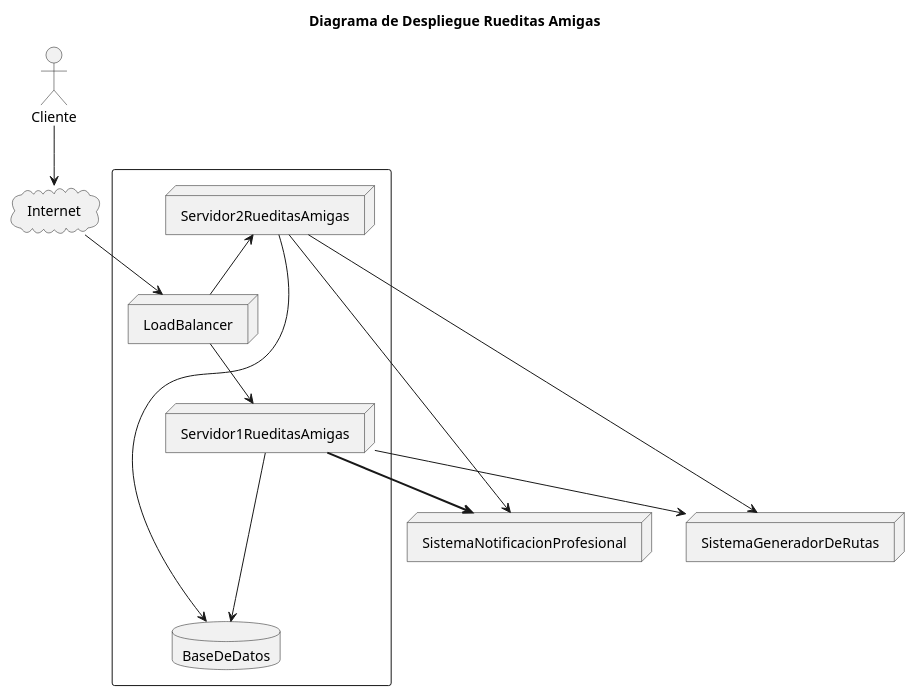
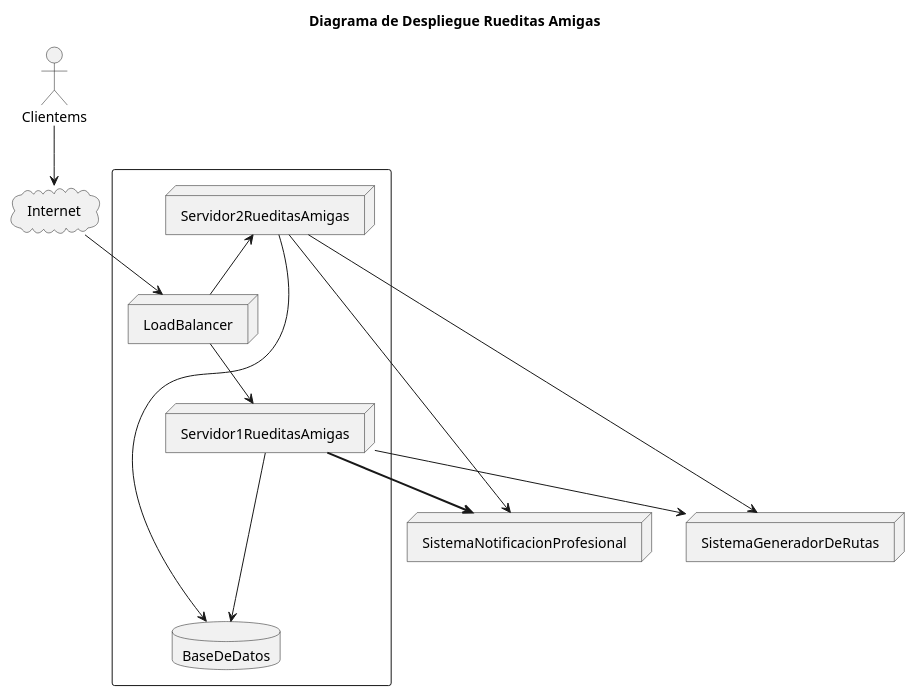
The diagram in diagrams/DiagramaDeDespliegue.puml (lrizzitano/RueditasAmigasDespliegue), drawn with PlantUML before and after one commit.

Commit message:
testeo impresion de diagrama

```diff
--- a/diagrams/DiagramaDeDespliegue.puml
+++ b/diagrams/DiagramaDeDespliegue.puml
@@ -1,31 +1,31 @@
 @startuml
 'https://plantuml.com/deployment-diagram
 
 title Diagrama de Despliegue Rueditas Amigas
 
 node "SistemaGeneradorDeRutas"
-actor "Cliente"
+actor "Clientems"
 cloud "Internet"
 node "SistemaNotificacionProfesional"
 
 
 rectangle  {
 node "LoadBalancer"
 node "Servidor1RueditasAmigas"
 node "Servidor2RueditasAmigas"
 database "BaseDeDatos"
 }
 
 "LoadBalancer" -> "Servidor1RueditasAmigas"
 "Servidor2RueditasAmigas" <-- "LoadBalancer"
 "Servidor1RueditasAmigas" -r-> "BaseDeDatos"
 "Servidor2RueditasAmigas" -----> "BaseDeDatos"
 "Servidor1RueditasAmigas" -[bold]-> "SistemaNotificacionProfesional"
 "Servidor2RueditasAmigas" --> "SistemaNotificacionProfesional"
 "Servidor1RueditasAmigas" --> "SistemaGeneradorDeRutas"
 "Servidor2RueditasAmigas" --> "SistemaGeneradorDeRutas"
-"Cliente" --> "Internet"
+"Clientems" --> "Internet"
 "Internet" --> "LoadBalancer"
 
 
 @enduml
```
